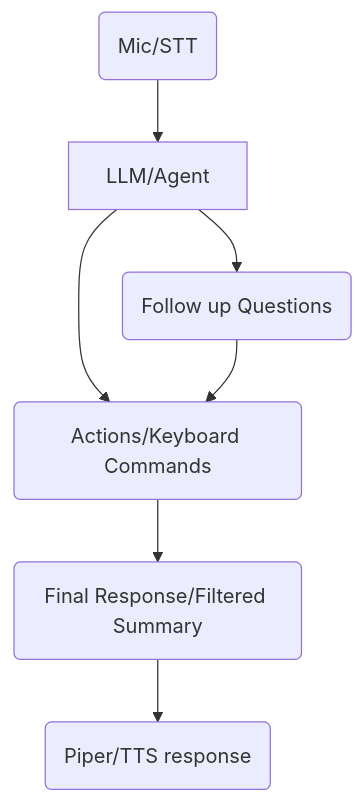
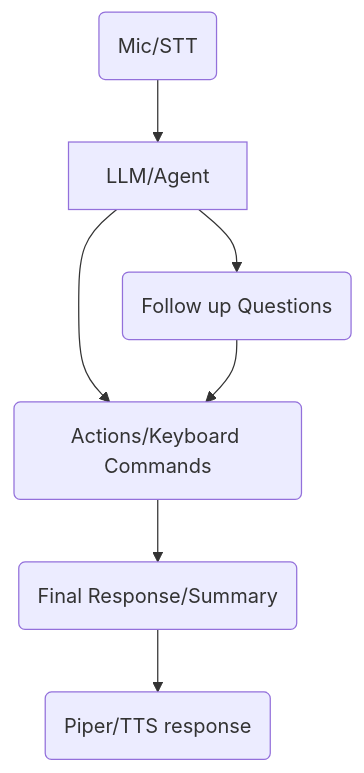
One commit to splat1745/Jarvis changed the diagram in README.md. Above: the diagram before and after it, drawn with Mermaid.

Commit message:
Update README to clarify final response description

````diff
--- a/README.md
+++ b/README.md
@@ -11,9 +11,9 @@
 ```mermaid
 graph TD
   A(Mic/STT) --> B[LLM/Agent] 
   B --> C1(Actions/Keyboard Commands)
   B --> C2(Follow up Questions)
   C2 --> C1
-  C1 --> D(Final Response/Filtered Summary)
+  C1 --> D(Final Response/Summary)
   D --> E(Piper/TTS response)
 ```
````
